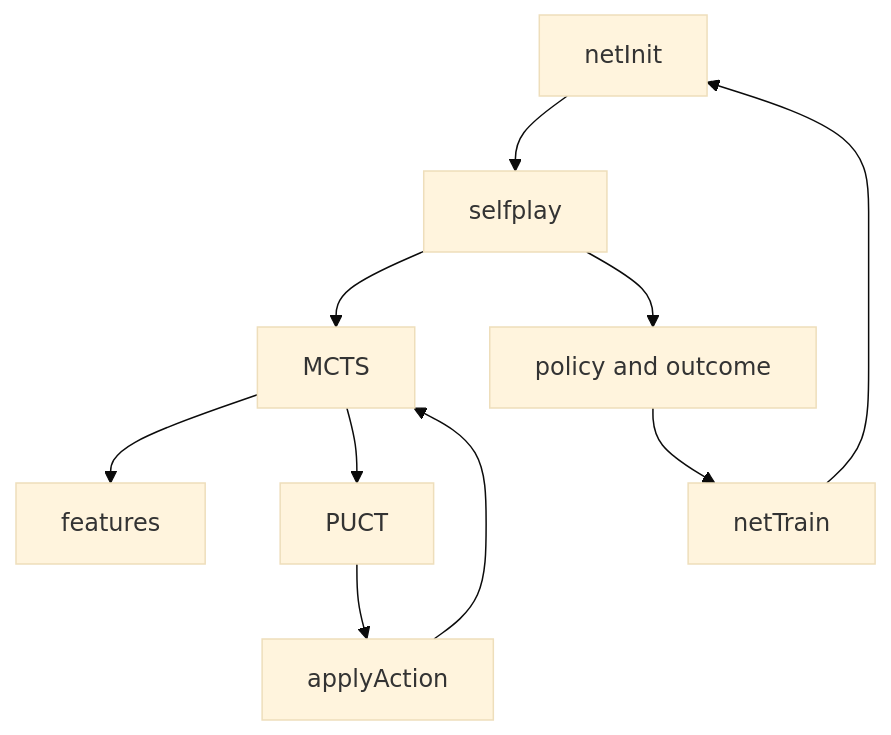
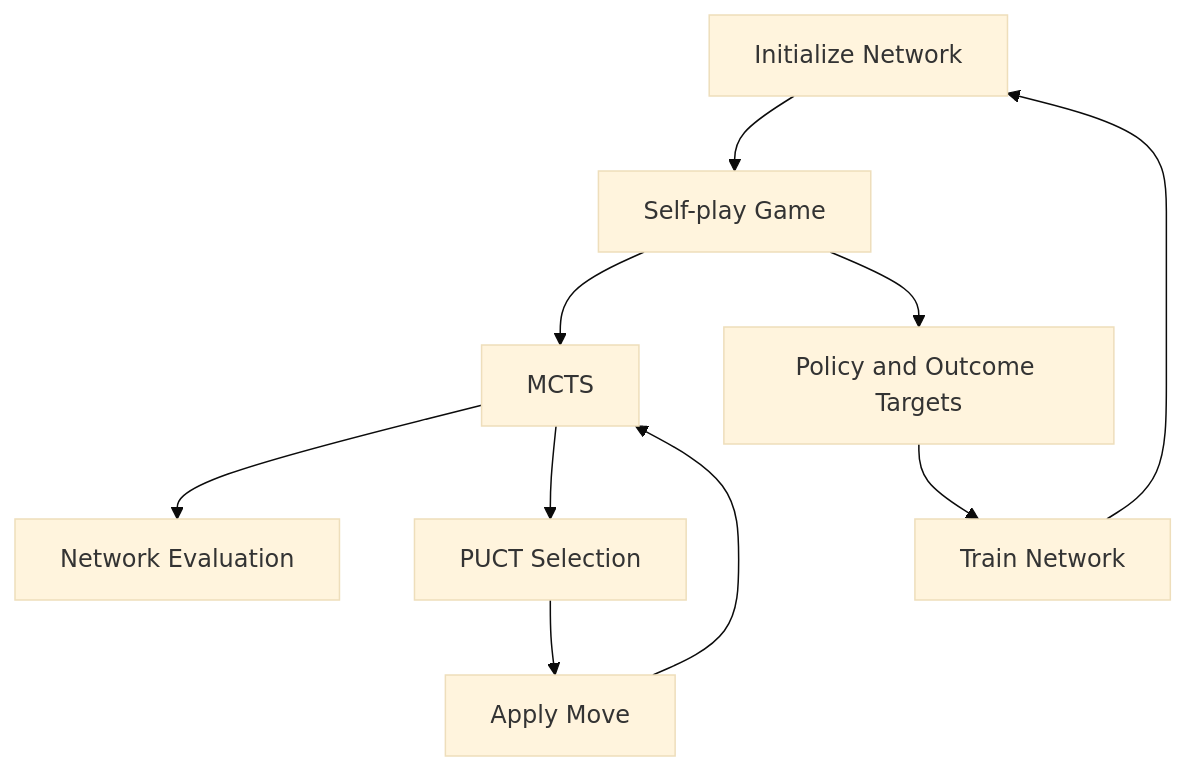
The third of 3 diagrams in README.md (AHMADALIPARR/sea_hunter_research), drawn with Mermaid (base theme) before and after one commit. The commit also changed other lines of this file, not shown here.

Commit message:
Improve Go engine presentation with clearer structure and diagram

````diff
--- a/README.md
+++ b/README.md
@@ -176,12 +182,12 @@
 ```mermaid
 graph TD
-    A[netInit] --> B[selfplay]
-    B --> C[MCTS]
-    C --> D[features]
-    C --> E[PUCT]
-    E --> F[applyAction]
-    F --> C
-    B --> G[policy and outcome]
-    G --> H[netTrain]
-    H --> A
+    init[Initialize Network] --> play[Self-play Game]
+    play --> search[MCTS]
+    search --> eval[Network Evaluation]
+    search --> select[PUCT Selection]
+    select --> move[Apply Move]
+    move --> search
+    play --> data[Policy and Outcome Targets]
+    data --> train[Train Network]
+    train --> init
 ```
````
